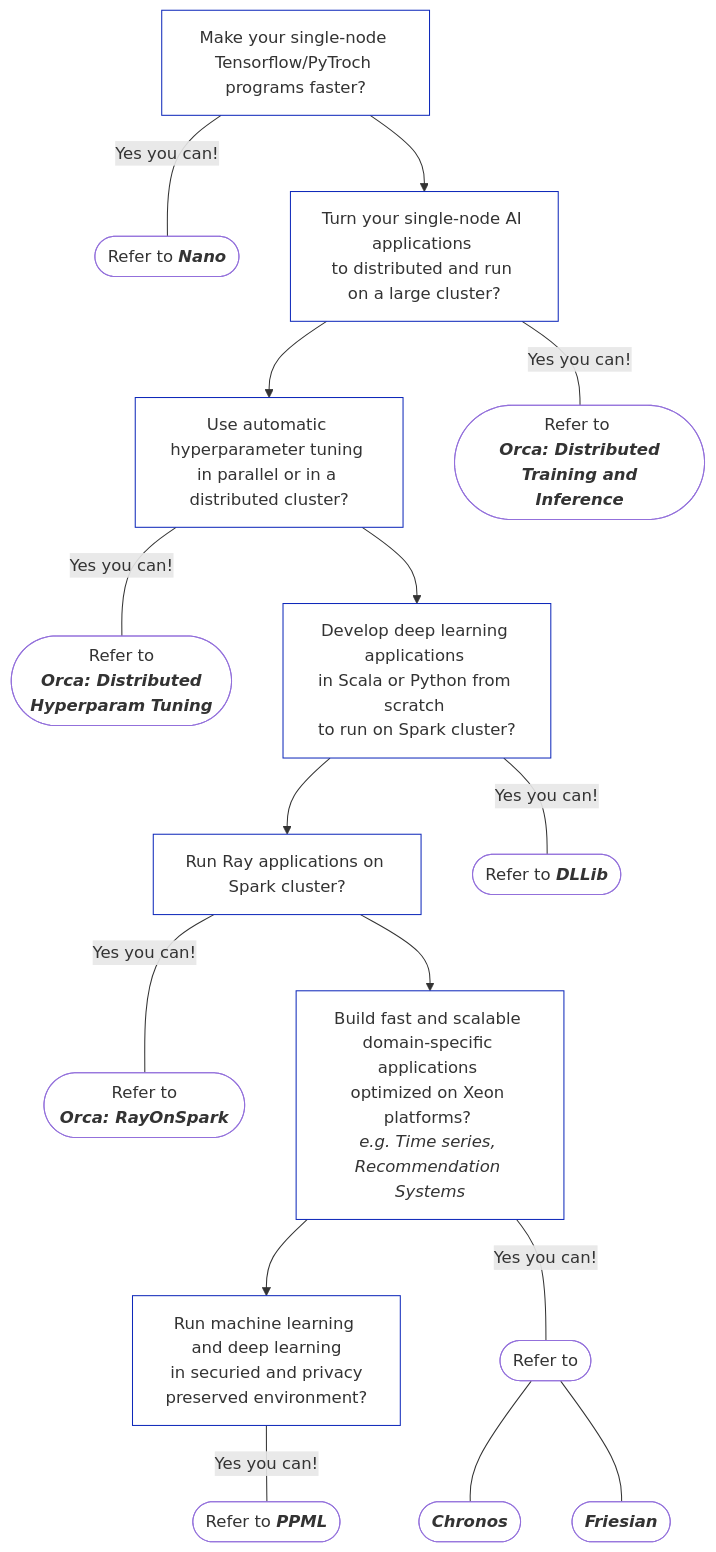
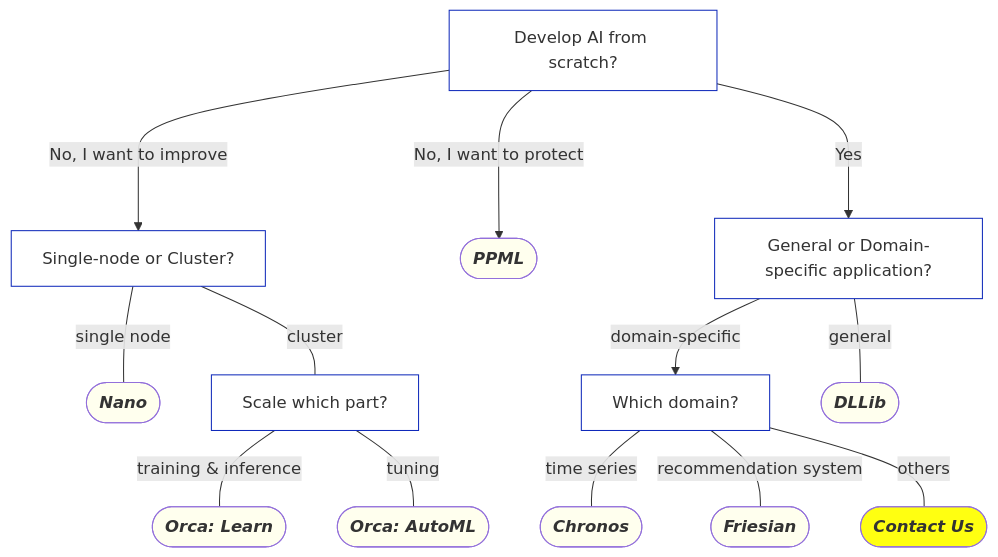
Before and after one commit to intel-analytics/ipex-llm: the diagram in README.md, drawn with Mermaid.

````diff
--- a/README.md
+++ b/README.md
@@ -47,31 +47,35 @@
 ```mermaid
 flowchart TD;
-    Feature1[Make your single-node <br/>Tensorflow/PyTroch programs faster?]-- Yes you can! ---Refer1([Refer to <em><strong>Nano</strong></em>]);
-    Feature1-->Feature2[Turn your single-node AI applications <br/>to distributed and run on a large cluster?];
-    Feature2 --> Feature3[Use automatic hyperparameter tuning <br/>in parallel or in a distributed cluster?];
-    Feature2-- Yes you can! ---Refer2([Refer to <br/><em><strong>Orca: Distributed<br/> Training and Inference</strong></em>]);
-    Feature3 -- Yes you can! ---Refer3([Refer to <br/><em><strong>Orca: Distributed<br/> Hyperparam Tuning</strong></em>]);
-    Feature3 --> Feature4[Develop deep learning applications <br/>in Scala or Python from scratch <br/>to run on Spark cluster?];
-    Feature4 --> Feature5[Run Ray applications on Spark cluster?];
-    Feature4 -- Yes you can! ---Refer4([Refer to <em><strong>DLLib</strong></em>]);
-    Feature5 -- Yes you can! ---Refer5([Refer to <br/><em><strong>Orca: RayOnSpark</strong></em>]);
-    Feature5 --> Feature6[Build fast and scalable domain-specific applications <br/>optimized on Xeon platforms? <br/><em>e.g. Time series, Recommendation Systems</em>];
-    Feature6 --> Feature7[Run machine learning and deep learning<br/> in securied and privacy preserved environment?];
-    Feature6 -- Yes you can! ---Refer6([Refer to]);
-    Refer6 ---Refer6a([<em><strong>Chronos</strong></em>]) & Refer6b([<em><strong>Friesian</strong></em>]);
-    Feature7 -- Yes you can! ---Refer7([Refer to <em><strong>PPML</strong></em>]);
+    Feature1[Develop AI from scratch?];
+    Feature1-- No, I want to improve --->Feature2[Single-node or Cluster?];
+    Feature1-- No, I want to protect --->ReferPPML([<em><strong>PPML</strong></em>]);
+    Feature2-- single node ---ReferNano([<em><strong>Nano</strong></em>]);
+    Feature2-- cluster ---Feature5[Scale which part?];
+    Feature5-- training & inference ---ReferOrcaLearn([<em><strong>Orca: Learn </strong></em>]);
+    Feature5-- tuning ---ReferOrcaAutoml([<em><strong>Orca: AutoML </strong></em>]);
+    Feature1-- Yes ---> Feature3[General or Domain-specific application?];
+    Feature3-- domain-specific -->Feature4[Which domain?];
+    Feature3-- general ---ReferDLlib([<em><strong>DLLib</strong></em>]);
+    Feature4-- time series ---ReferChronos([<em><strong>Chronos</strong></em>]);
+    Feature4-- recommendation system ---ReferFriesian([<em><strong>Friesian</strong></em>]);
+    Feature4-- others --- ReferContact([<em><strong>Contact Us</strong></em>]);
+
     
-    click Refer1 "https://bigdl.readthedocs.io/en/latest/doc/Nano/Overview/nano.html" "Refer to Nano" _parent
-    click Refer2 "https://bigdl.readthedocs.io/en/latest/doc/Orca/Overview/distributed-training-inference.html"
-    click Refer3 "https://bigdl.readthedocs.io/en/latest/doc/Orca/Overview/distributed-tuning.html"
-    click Refer4 "https://bigdl.readthedocs.io/en/latest/doc/DLlib/Overview/dllib.html"
-    click Refer5 "https://bigdl.readthedocs.io/en/latest/doc/Ray/Overview/ray.html"
-    click Refer6a "https://bigdl.readthedocs.io/en/latest/doc/Chronos/Overview/chronos.html"
-    click Refer7 "https://bigdl.readthedocs.io/en/latest/doc/PPML/Overview/ppml.html"
+    click ReferNano "https://bigdl.readthedocs.io/en/latest/doc/Nano/Overview/nano.html" "Refer to Nano" _parent
+    click ReferOrcaLearn "https://bigdl.readthedocs.io/en/latest/doc/Orca/Overview/distributed-training-inference.html"
+    click ReferOrcaAutoml "https://bigdl.readthedocs.io/en/latest/doc/Orca/Overview/distributed-tuning.html"
+    click ReferDLlib "https://bigdl.readthedocs.io/en/latest/doc/DLlib/Overview/dllib.html"
+    click ReferRayOnSpark "https://bigdl.readthedocs.io/en/latest/doc/Ray/Overview/ray.html"
+    click ReferChronos "https://bigdl.readthedocs.io/en/latest/doc/Chronos/Overview/chronos.html"
+    click ReferFriesian "https://bigdl.readthedocs.io/en/latest/doc/Chronos/Overview/chronos.html"
+    click ReferPPML "https://bigdl.readthedocs.io/en/latest/doc/PPML/Overview/ppml.html"
+    click ReferContact "https://bigdl.readthedocs.io/"
     
-    classDef Refer fill:#FFF;
+    classDef ReferStyle1 fill:#FFE;
+    classDef ReferStyle2 fill:#FF1;
     classDef Feature fill:#FFF,stroke:#0f29ba,stroke-width:1px;
-    class Refer1,Refer2,Refer3,Refer4,Refer5,Refer6,Refer6a,Refer6b,Refer7 Refer;
+    class ReferNano,ReferOrcaLearn,ReferOrcaAutoml,ReferDLlib,ReferRayOnSpark,ReferChronos,ReferFriesian,ReferPPML ReferStyle1;
+    class ReferContact, ReferStyle2
     class Feature1,Feature2,Feature3,Feature4,Feature5,Feature6,Feature7 Feature;
     
 ```
````
